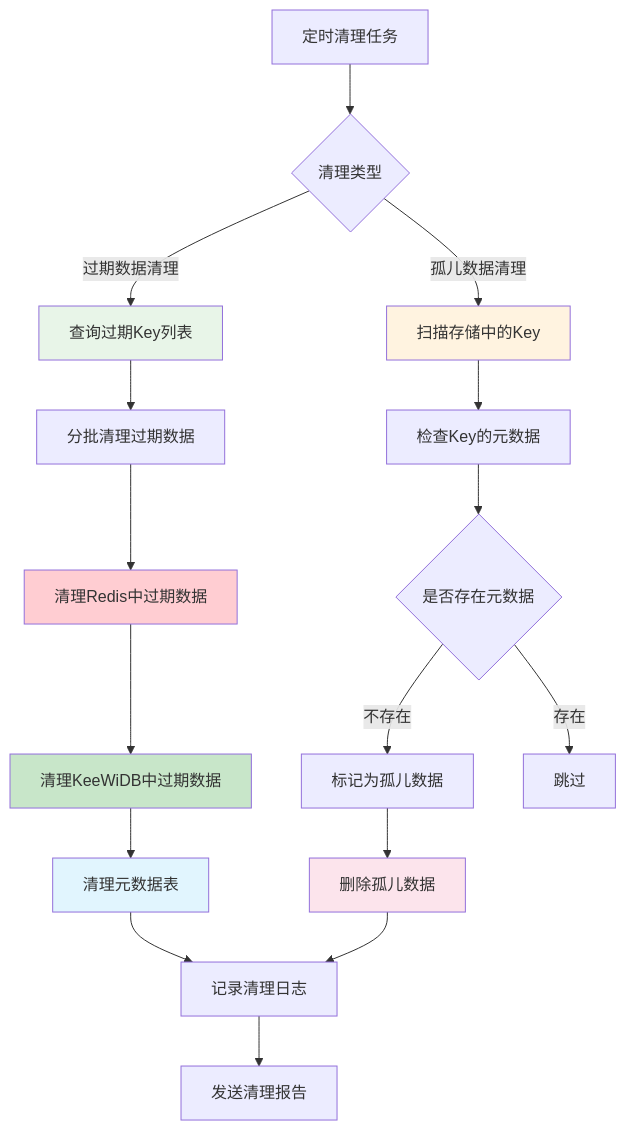
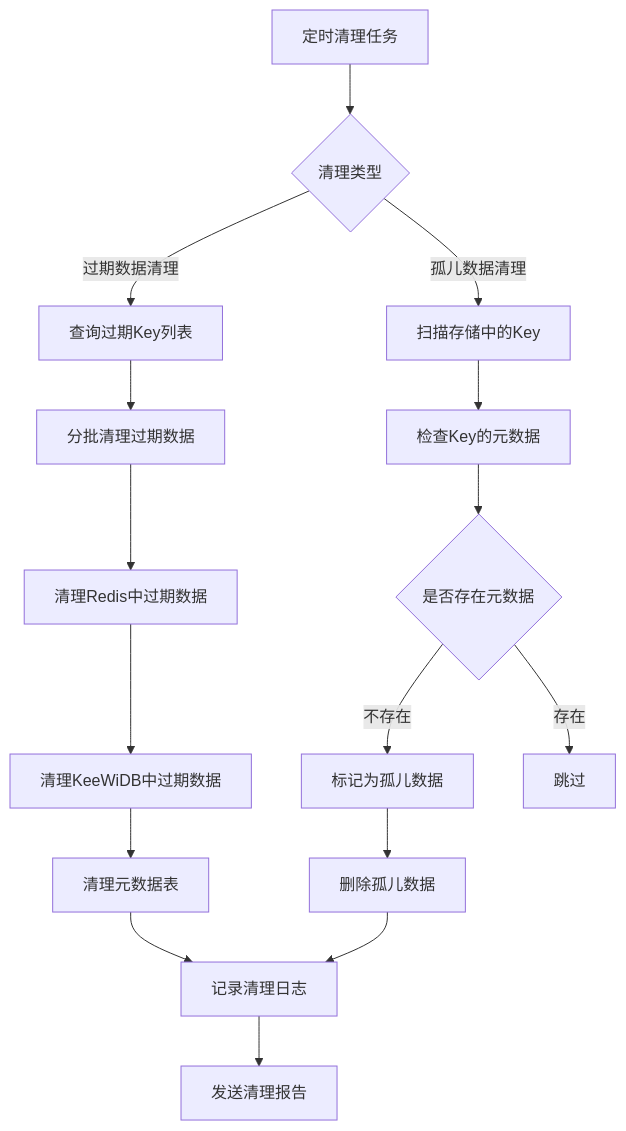
One commit to lunamage/FeatureHub changed the fourth of 4 diagrams in README.md. Above: the diagram before and after it, drawn with Mermaid. The commit also changed other lines of this file, not shown here.

Commit message:
更新 README.md 文件，优化 mermaid 图表的描述方式，简化节点表示，增强文档的可读性和一致性。

````diff
--- a/README.md
+++ b/README.md
@@ -372,29 +356,22 @@
 ```mermaid
 graph TD
-    A["定时清理任务"] --> B{"清理类型"}
+    A[定时清理任务] --> B{清理类型}
     
-    B -->|过期数据清理| C["查询过期Key列表"]
-    B -->|孤儿数据清理| D["扫描存储中的Key"]
+    B -->|过期数据清理| C[查询过期Key列表]
+    B -->|孤儿数据清理| D[扫描存储中的Key]
     
-    C --> E["分批清理过期数据"]
-    E --> F["清理Redis中过期数据"]
-    F --> G["清理KeeWiDB中过期数据"]
-    G --> H["清理元数据表"]
+    C --> E[分批清理过期数据]
+    E --> F[清理Redis中过期数据]
+    F --> G[清理KeeWiDB中过期数据]
+    G --> H[清理元数据表]
     
-    D --> I["检查Key的元数据"]
-    I --> J{"是否存在元数据"}
-    J -->|不存在| K["标记为孤儿数据"]
-    J -->|存在| L["跳过"]
-    K --> M["删除孤儿数据"]
+    D --> I[检查Key的元数据]
+    I --> J{是否存在元数据}
+    J -->|不存在| K[标记为孤儿数据]
+    J -->|存在| L[跳过]
+    K --> M[删除孤儿数据]
     
-    H --> N["记录清理日志"]
+    H --> N[记录清理日志]
     M --> N
-    N --> O["发送清理报告"]
-    
-    style C fill:#e8f5e8
-    style D fill:#fff3e0
-    style F fill:#ffcdd2
-    style G fill:#c8e6c9
-    style H fill:#e1f5fe
-    style M fill:#fce4ec
+    N --> O[发送清理报告]
 ```
````
